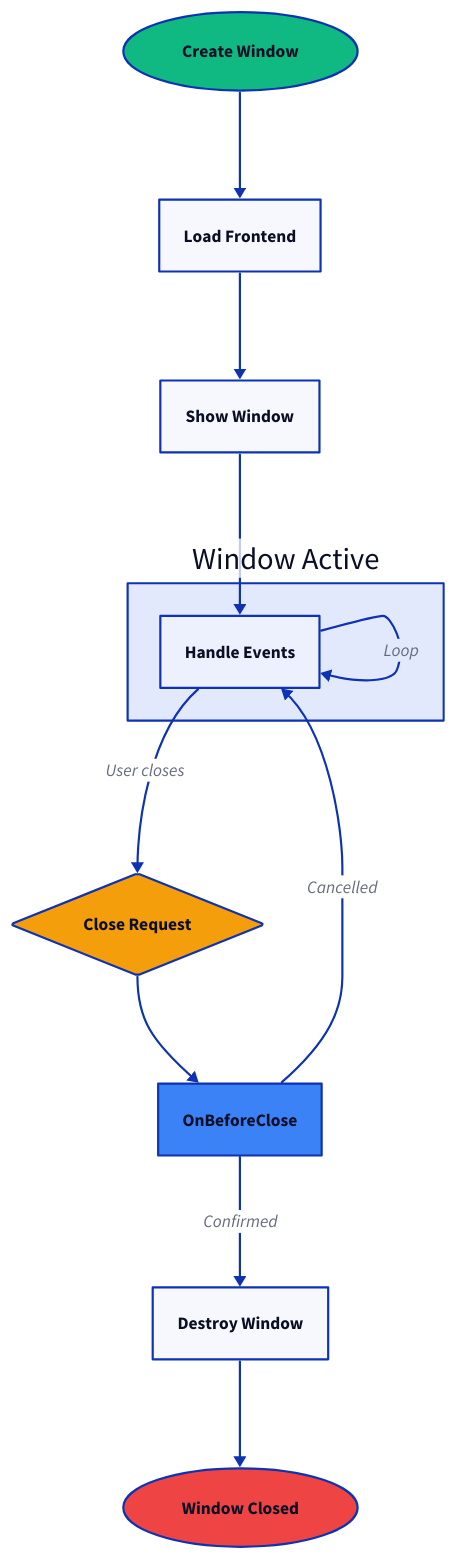
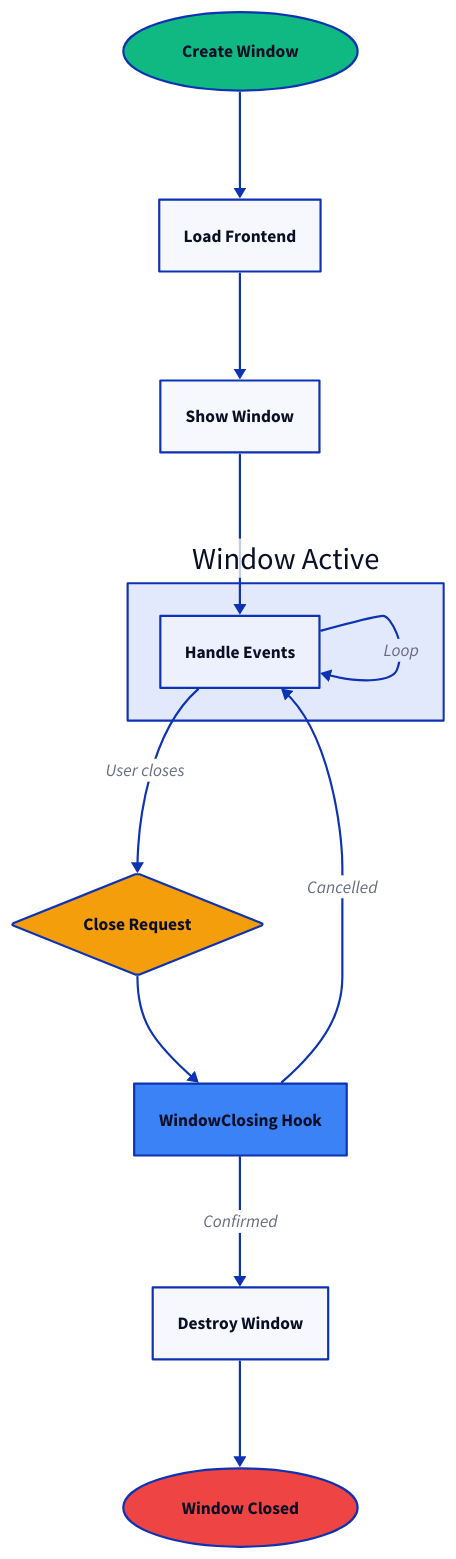
One commit to wailsapp/wails changed the second of 2 diagrams in docs/src/content/docs/concepts/lifecycle.mdx. Above: the diagram before and after it, drawn with D2. The commit also changed other lines of this file and 22 other files, not shown here.

````diff
--- a/docs/src/content/docs/concepts/lifecycle.mdx
+++ b/docs/src/content/docs/concepts/lifecycle.mdx
@@ -358,51 +430,51 @@
 ```d2
 direction: down
 
 Create: "Create Window" {
   shape: oval
   style.fill: "#10B981"
 }
 
 Load: "Load Frontend" {
   shape: rectangle
 }
 
 Show: "Show Window" {
   shape: rectangle
 }
 
 Active: "Window Active" {
   Events: "Handle Events" {
     shape: rectangle
   }
 }
 
 CloseRequest: "Close Request" {
   shape: diamond
   style.fill: "#F59E0B"
 }
 
-OnBeforeClose: "OnBeforeClose" {
+CloseHook: "WindowClosing Hook" {
   shape: rectangle
   style.fill: "#3B82F6"
 }
 
 Destroy: "Destroy Window" {
   shape: rectangle
 }
 
 End: "Window Closed" {
   shape: oval
   style.fill: "#EF4444"
 }
 
 Create -> Load
 Load -> Show
 Show -> Active.Events
 Active.Events -> Active.Events: "Loop"
 Active.Events -> CloseRequest: "User closes"
-CloseRequest -> OnBeforeClose
-OnBeforeClose -> Active.Events: "Cancelled"
-OnBeforeClose -> Destroy: "Confirmed"
+CloseRequest -> CloseHook
+CloseHook -> Active.Events: "Cancelled"
+CloseHook -> Destroy: "Confirmed"
 Destroy -> End
 ```
````
